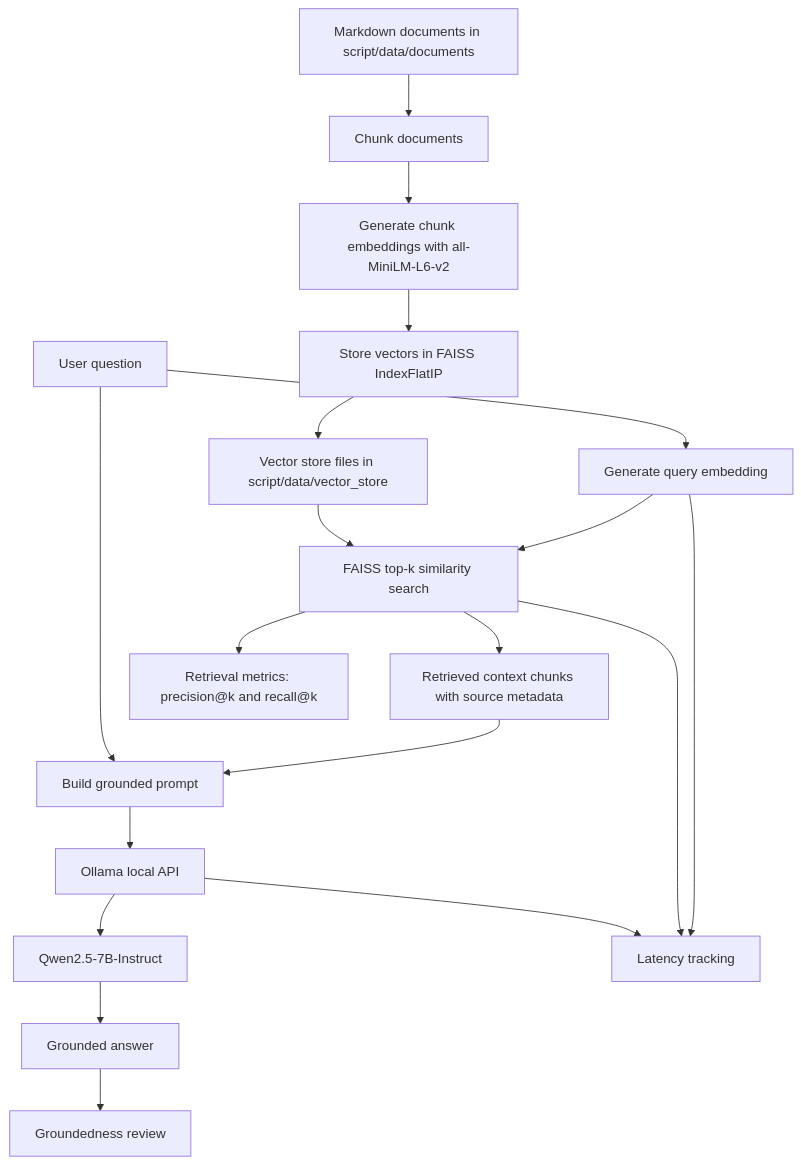
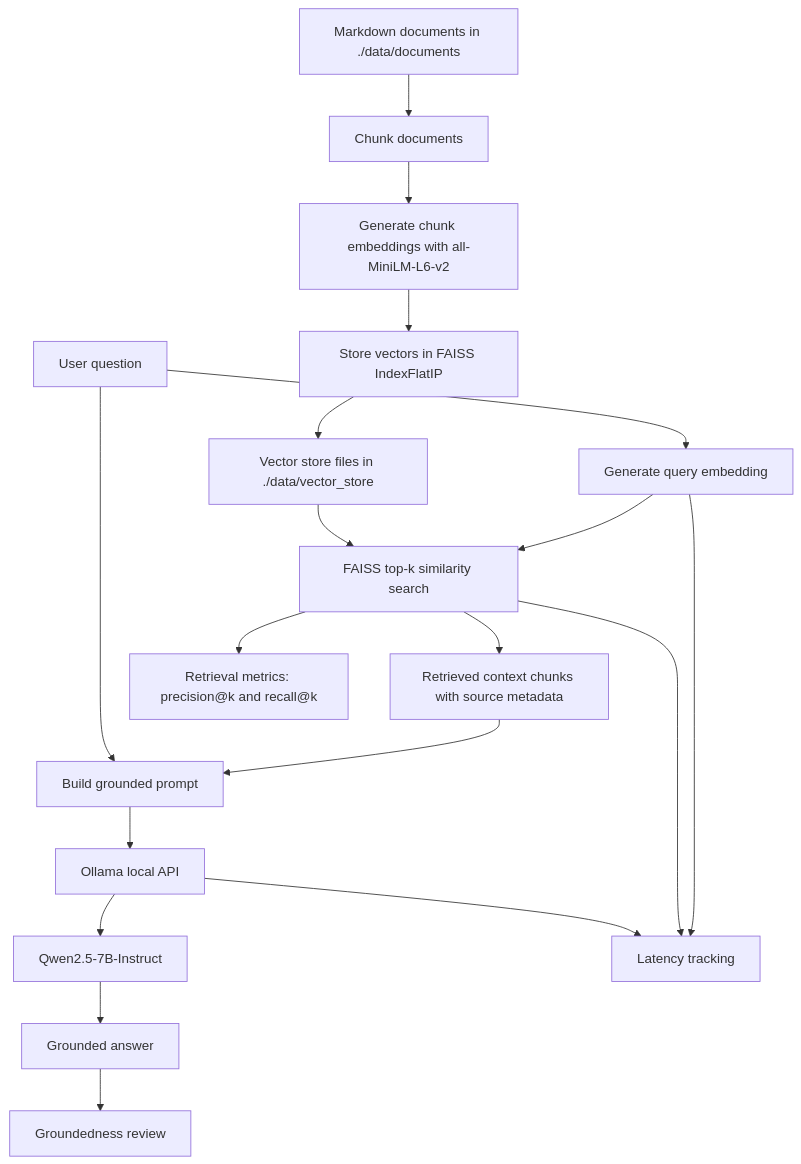
The diagram in rag_pipeline_diagram.md (ZifengC/Milestone6), drawn with Mermaid before and after one commit. The commit also changed other lines of this file and 4 other files, not shown here.

````diff
--- a/rag_pipeline_diagram.md
+++ b/rag_pipeline_diagram.md
@@ -5,23 +5,23 @@
 ```mermaid
 flowchart TD
-    A[Markdown documents in script/data/documents] --> B[Chunk documents]
+    A[Markdown documents in ./data/documents] --> B[Chunk documents]
     B --> C[Generate chunk embeddings with all-MiniLM-L6-v2]
     C --> D[Store vectors in FAISS IndexFlatIP]
-    D --> E[Vector store files in script/data/vector_store]
+    D --> E[Vector store files in ./data/vector_store]
 
     F[User question] --> G[Generate query embedding]
     G --> H[FAISS top-k similarity search]
     E --> H
     H --> I[Retrieved context chunks with source metadata]
     I --> J[Build grounded prompt]
     F --> J
     J --> K[Ollama local API]
     K --> L[Qwen2.5-7B-Instruct]
     L --> M[Grounded answer]
 
     H --> N[Retrieval metrics: precision@k and recall@k]
     M --> O[Groundedness review]
     G --> P[Latency tracking]
     H --> P
     K --> P
 ```
````
